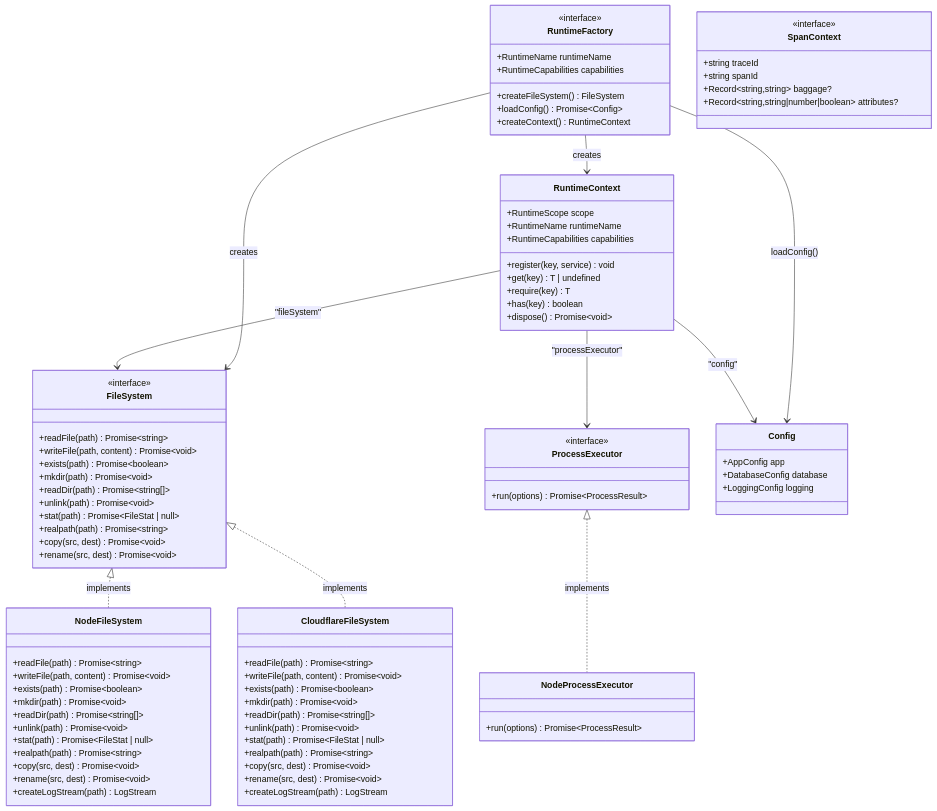
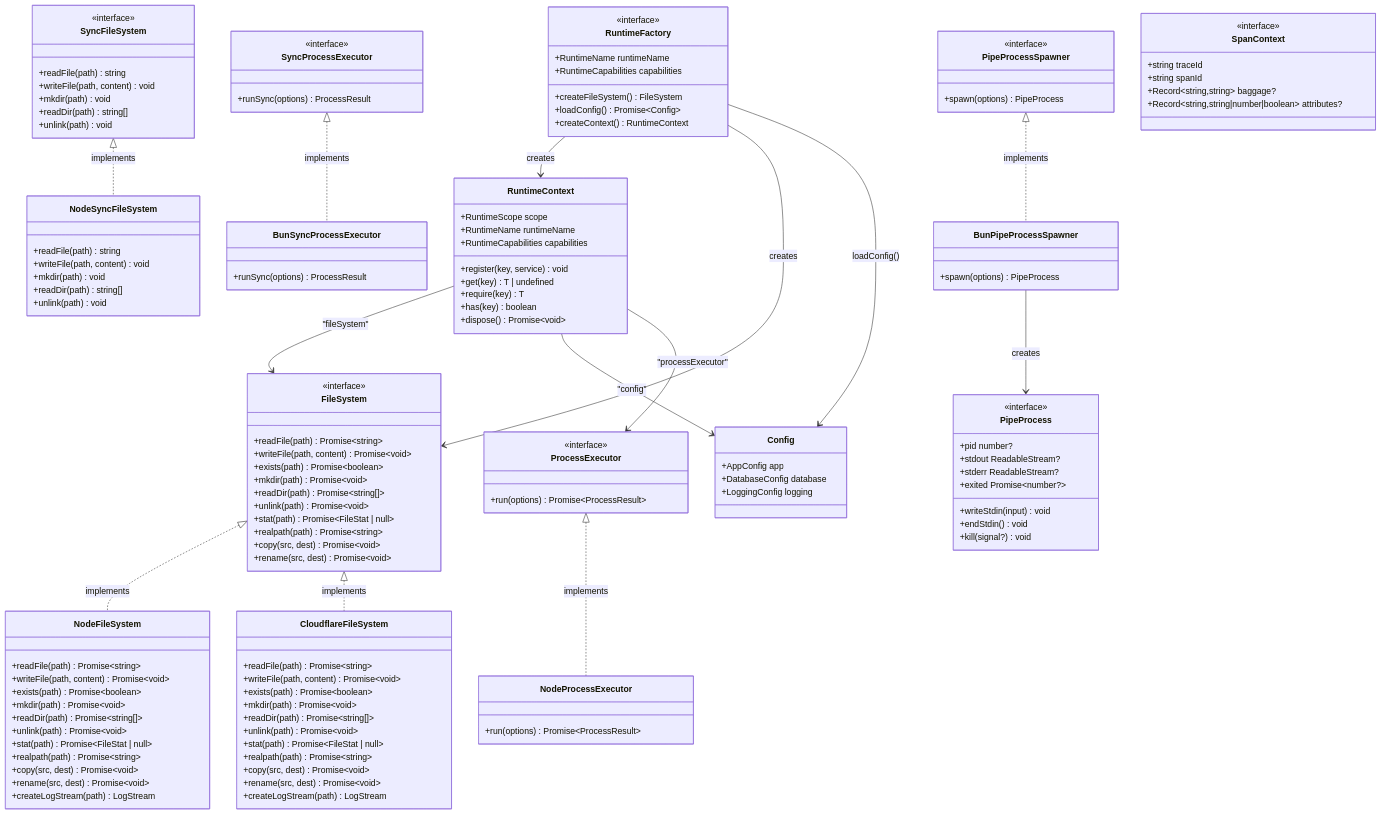
Before and after one commit to gobing-ai/ts-libs: the diagram in packages/runtime/README.md, drawn with Mermaid. The commit also changed other lines of this file, not shown here.

```diff
--- a/packages/runtime/README.md
+++ b/packages/runtime/README.md
@@ -82,6 +85,23 @@
         +createLogStream(path) LogStream
     }
 
+    class SyncFileSystem {
+        <<interface>>
+        +readFile(path) string
+        +writeFile(path, content) void
+        +mkdir(path) void
+        +readDir(path) string[]
+        +unlink(path) void
+    }
+
+    class NodeSyncFileSystem {
+        +readFile(path) string
+        +writeFile(path, content) void
+        +mkdir(path) void
+        +readDir(path) string[]
+        +unlink(path) void
+    }
+
     class ProcessExecutor {
         <<interface>>
         +run(options) Promise~ProcessResult~
@@ -89,6 +109,35 @@
 
     class NodeProcessExecutor {
         +run(options) Promise~ProcessResult~
+    }
+
+    class SyncProcessExecutor {
+        <<interface>>
+        +runSync(options) ProcessResult
+    }
+
+    class BunSyncProcessExecutor {
+        +runSync(options) ProcessResult
+    }
+
+    class PipeProcessSpawner {
+        <<interface>>
+        +spawn(options) PipeProcess
+    }
+
+    class BunPipeProcessSpawner {
+        +spawn(options) PipeProcess
+    }
+
+    class PipeProcess {
+        <<interface>>
+        +pid number?
+        +stdout ReadableStream?
+        +stderr ReadableStream?
+        +exited Promise~number?~
+        +writeStdin(input) void
+        +endStdin() void
+        +kill(signal?) void
     }
 
     class Config {
@@ -107,7 +156,11 @@
 
     FileSystem <|.. NodeFileSystem : implements
     FileSystem <|.. CloudflareFileSystem : implements
+    SyncFileSystem <|.. NodeSyncFileSystem : implements
     ProcessExecutor <|.. NodeProcessExecutor : implements
+    SyncProcessExecutor <|.. BunSyncProcessExecutor : implements
+    PipeProcessSpawner <|.. BunPipeProcessSpawner : implements
+    BunPipeProcessSpawner --> PipeProcess : creates
     RuntimeContext --> FileSystem : "fileSystem"
     RuntimeContext --> Config : "config"
     RuntimeContext --> ProcessExecutor : "processExecutor"
```
